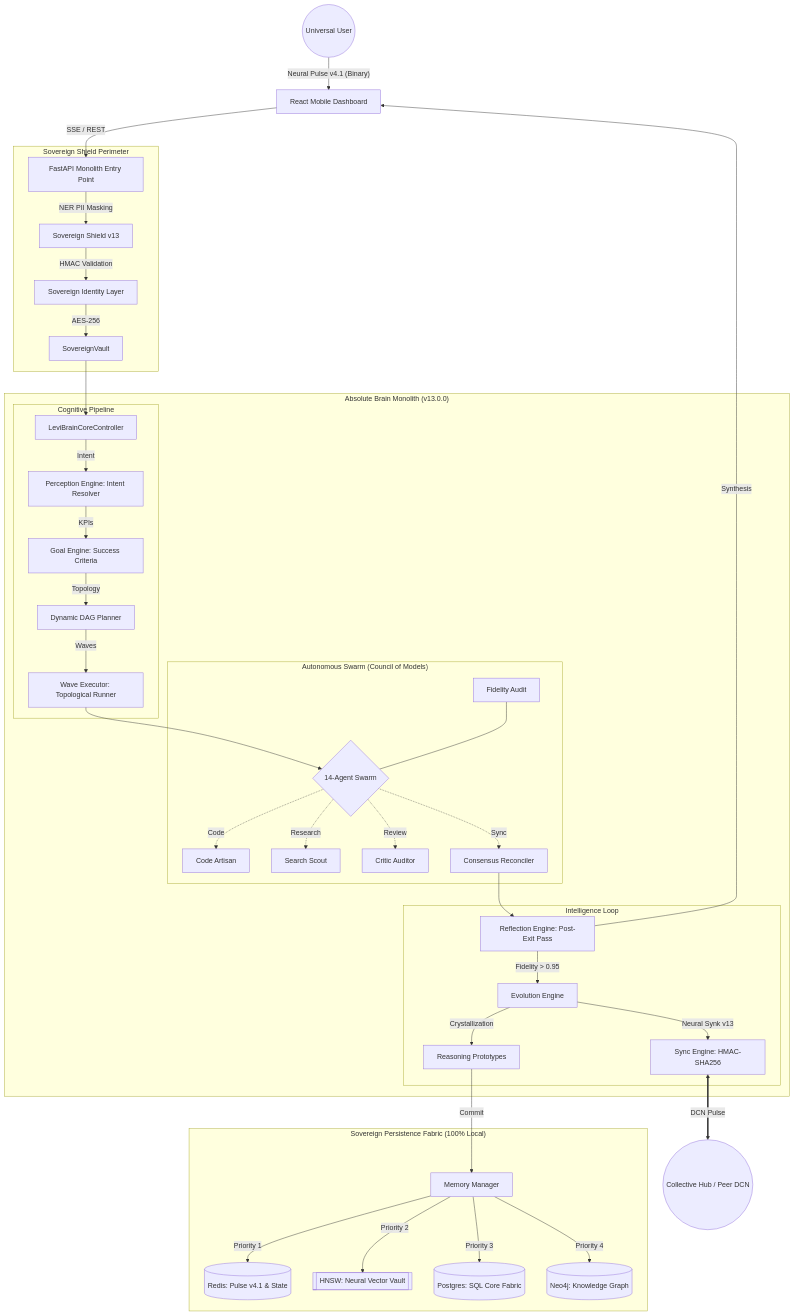
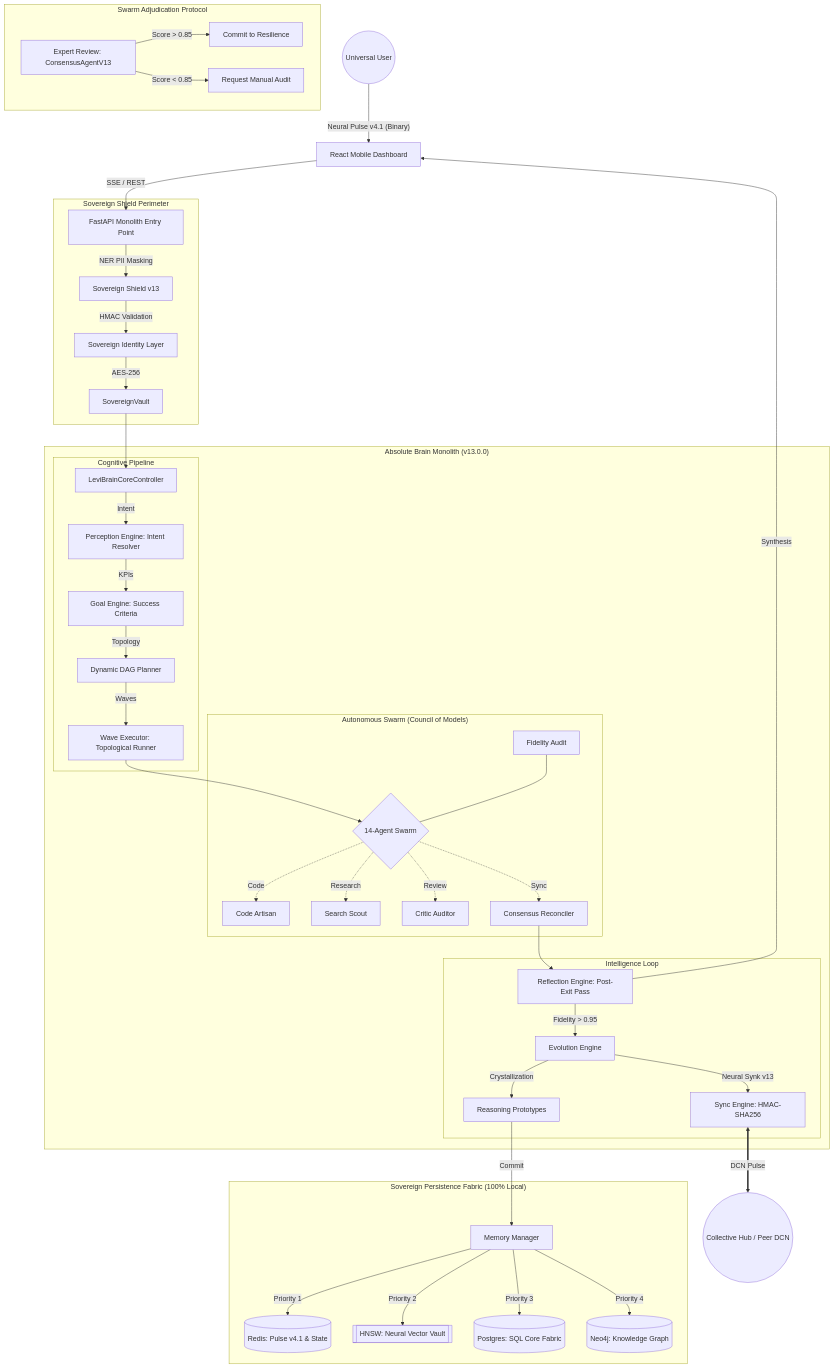
One commit to Blackdrg/levi-ai-innovate changed the first of 2 diagrams in README.md. Above: the diagram before and after it, drawn with Mermaid. The commit also changed other lines of this file and 90 other files, not shown here.

````diff
--- a/README.md
+++ b/README.md
@@ -69,56 +72,63 @@
 ```mermaid
 graph TD
     %% Global Ingress & UI
     User((Universal User)) -->|"Neural Pulse v4.1 (Binary)"| Mobile[React Mobile Dashboard]
     Mobile -->|"SSE / REST"| Entry[FastAPI Monolith Entry Point]
 
     %% Security & Sanitization
     subgraph "Sovereign Shield Perimeter"
         Entry -->|NER PII Masking| Shield[Sovereign Shield v13]
         Shield -->|HMAC Validation| Auth[Sovereign Identity Layer]
         Auth -->|AES-256| Vault[SovereignVault]
     end
 
     %% The Cognitive Monolith (Core)
     subgraph "Absolute Brain Monolith (v13.0.0)"
         Vault --> Brain[LeviBrainCoreController]
         
         subgraph "Cognitive Pipeline"
             Brain -->|Intent| Perception[Perception Engine: Intent Resolver]
             Perception -->|KPIs| Goal[Goal Engine: Success Criteria]
             Goal -->|Topology| Planner[Dynamic DAG Planner]
             Planner -->|Waves| Executor[Wave Executor: Topological Runner]
         end
 
         subgraph "Autonomous Swarm (Council of Models)"
             Executor --> Agents{14-Agent Swarm}
             Agents -.->|Code| Artisan[Code Artisan]
             Agents -.->|Research| Scout[Search Scout]
             Agents -.->|Review| Auditor[Critic Auditor]
             Agents -.->|Sync| Reconciler[Consensus Reconciler]
             Audit[Fidelity Audit] --- Agents
         end
 
         subgraph "Intelligence Loop"
             Reconciler --> Reflection[Reflection Engine: Post-Exit Pass]
             Reflection -->|Fidelity > 0.95| Evolution[Evolution Engine]
             Evolution -->|Crystallization| Prototype[Reasoning Prototypes]
             Evolution -->|Neural Synk v13| Synk[Sync Engine: HMAC-SHA256]
         end
     end
 
+    %% Swarm Consensus Logic (v13)
+    subgraph "Swarm Adjudication Protocol"
+        Adjudicator[Expert Review: ConsensusAgentV13]
+        Adjudicator -->|Score > 0.85| Final_Approval[Commit to Resilience]
+        Adjudicator -->|Score < 0.85| Human_Review[Request Manual Audit]
+    end
+
     %% Persistent Fabric (SQL Resonance)
     subgraph "Sovereign Persistence Fabric (100% Local)"
         Prototype --> |Commit| SQL_Fabric[Memory Manager]
         SQL_Fabric -->|Priority 1| Redis[(Redis: Pulse v4.1 & State)]
         SQL_Fabric -->|Priority 2| HNSW[[HNSW: Neural Vector Vault]]
         SQL_Fabric -->|Priority 3| Postgres[(Postgres: SQL Core Fabric)]
         SQL_Fabric -->|Priority 4| Neo4j[(Neo4j: Knowledge Graph)]
     end
 
     %% External Network
     Synk <==>|DCN Pulse| DCN((Collective Hub / Peer DCN))
     
     %% Final Action
     Reflection -->|Synthesis| Mobile
 ```
````
